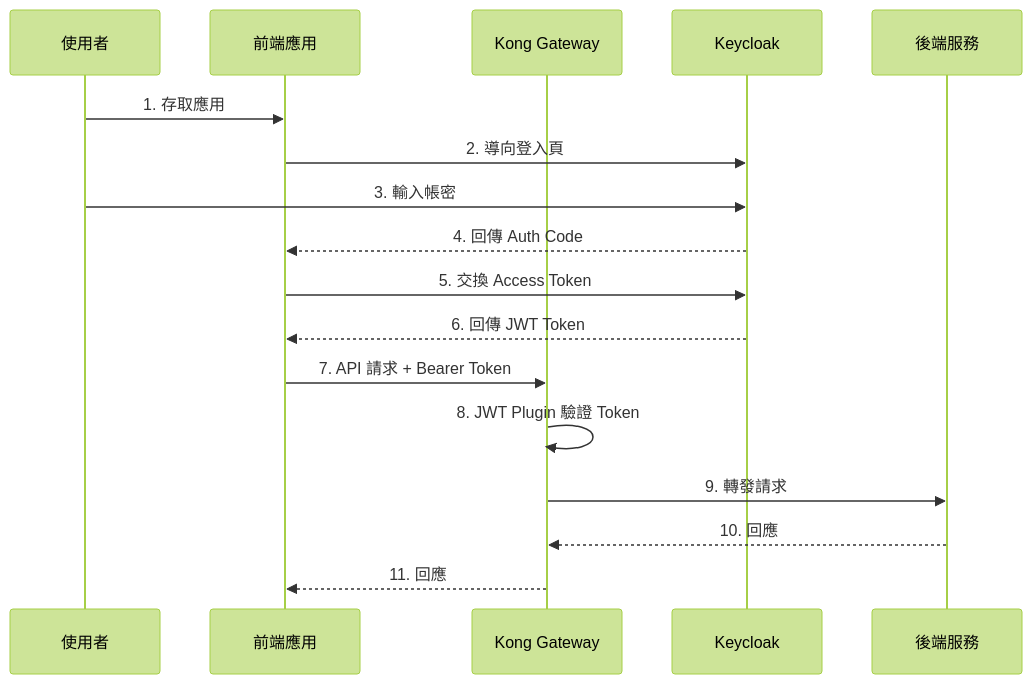
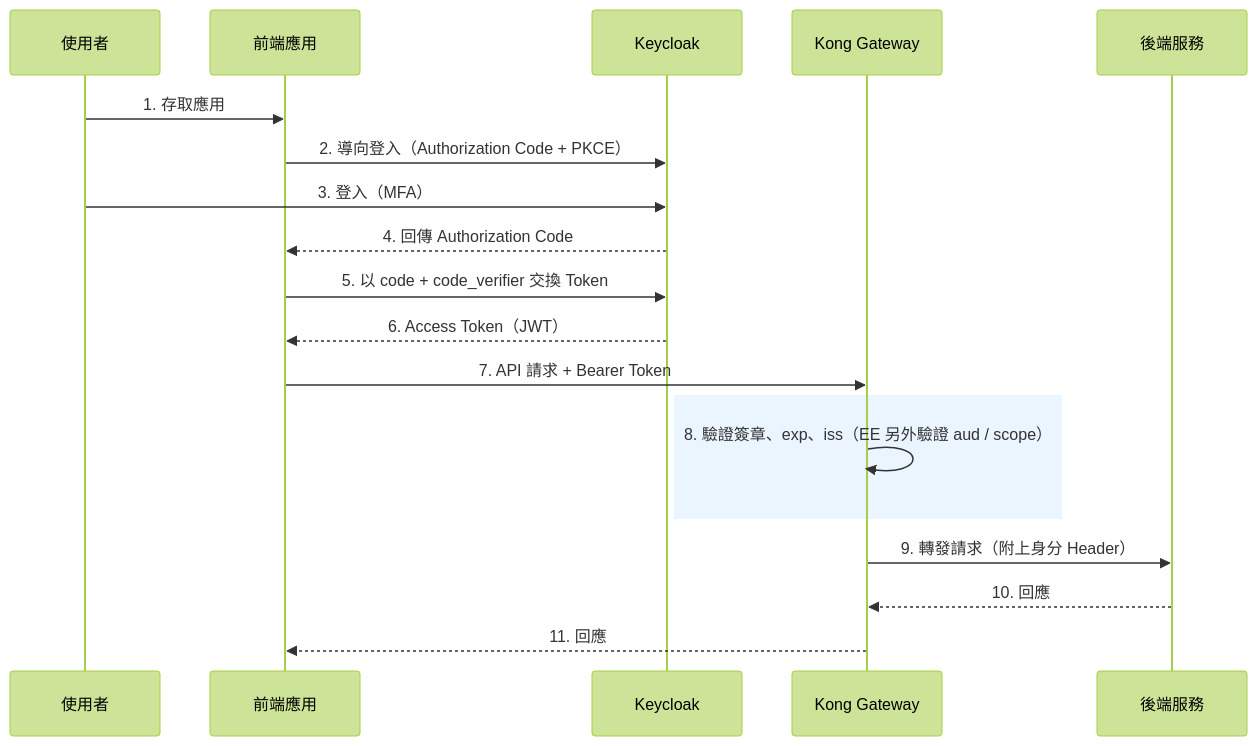
Diagram 14 of 22 in content/posts/教學/工具/Kong API Gateway教學手冊.md (chihhung/Blog), drawn with Mermaid (forest theme) before and after one commit. The commit also changed other lines of this file and 10 other files, not shown here.

````diff
--- a/content/posts/教學/工具/Kong API Gateway教學手冊.md
+++ b/content/posts/教學/工具/Kong API Gateway教學手冊.md
@@ -1477,20 +2591,22 @@
 ```mermaid
 sequenceDiagram
     participant User as 使用者
     participant App as 前端應用
+    participant Keycloak as Keycloak
     participant Kong as Kong Gateway
-    participant Keycloak as Keycloak
     participant Backend as 後端服務
-    
+
     User->>App: 1. 存取應用
-    App->>Keycloak: 2. 導向登入頁
-    User->>Keycloak: 3. 輸入帳密
-    Keycloak-->>App: 4. 回傳 Auth Code
-    App->>Keycloak: 5. 交換 Access Token
-    Keycloak-->>App: 6. 回傳 JWT Token
+    App->>Keycloak: 2. 導向登入（Authorization Code + PKCE）
+    User->>Keycloak: 3. 登入（MFA）
+    Keycloak-->>App: 4. 回傳 Authorization Code
+    App->>Keycloak: 5. 以 code + code_verifier 交換 Token
+    Keycloak-->>App: 6. Access Token（JWT）
     App->>Kong: 7. API 請求 + Bearer Token
-    Kong->>Kong: 8. JWT Plugin 驗證 Token
-    Kong->>Backend: 9. 轉發請求
+    rect rgb(235, 245, 255)
+        Kong->>Kong: 8. 驗證簽章、exp、iss（EE 另外驗證 aud / scope）
+    end
+    Kong->>Backend: 9. 轉發請求（附上身分 Header）
     Backend-->>Kong: 10. 回應
     Kong-->>App: 11. 回應
 ```
````
